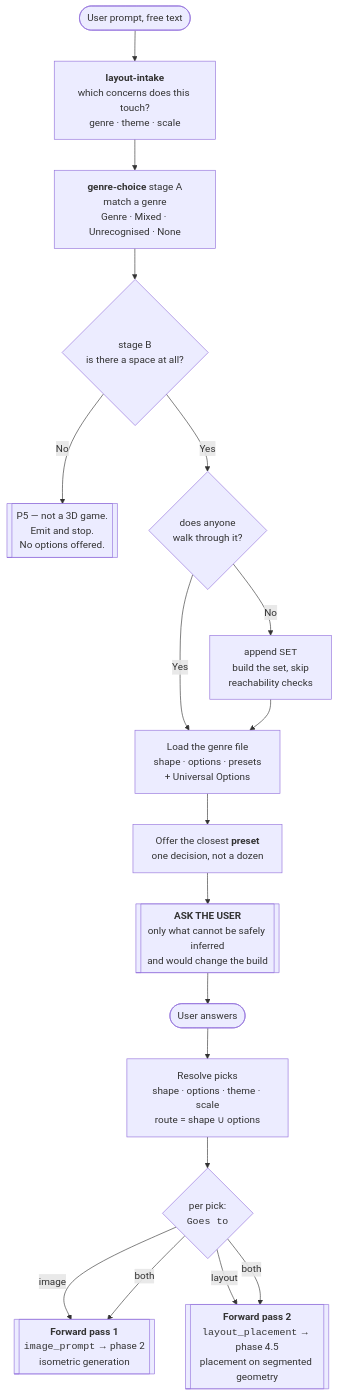
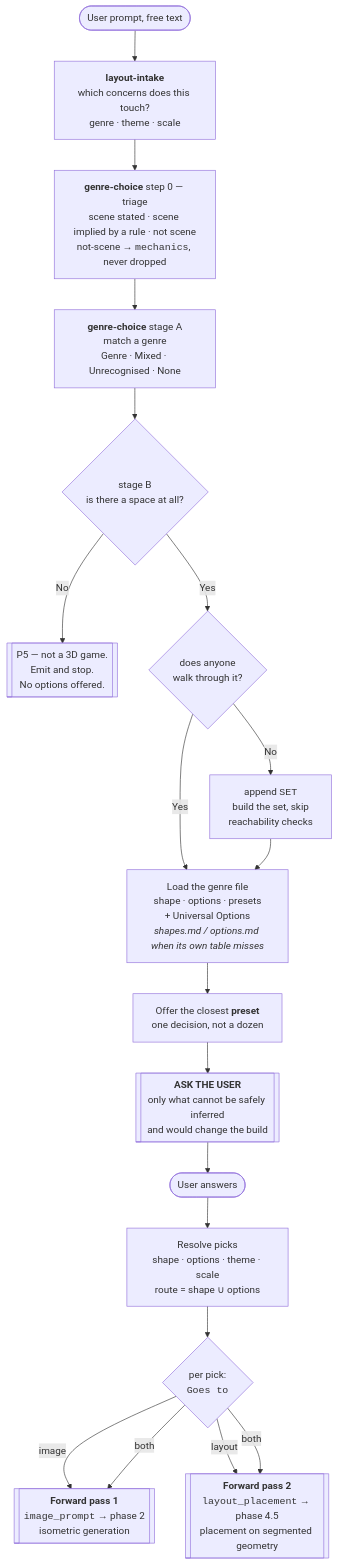
One commit to elaineh-rbx/genre_specific_layout_generator changed the first of 5 diagrams in docs/LayoutGen - Pipeline.md. Above: the diagram before and after it, drawn with Mermaid. The commit also changed other lines of this file and 1901 other files, not shown here.

````diff
--- a/docs/LayoutGen - Pipeline.md
+++ b/docs/LayoutGen - Pipeline.md
@@ -25,20 +25,21 @@
 ```mermaid
 flowchart TD
     P([User prompt, free text]) --> DISPATCH["<b>layout-intake</b><br/>which concerns does this touch?<br/>genre · theme · scale"]
-    DISPATCH --> A["<b>genre-choice</b> stage A<br/>match a genre<br/>Genre · Mixed · Unrecognised · None"]
+    DISPATCH --> T["<b>genre-choice</b> step 0 — triage<br/>scene stated · scene implied by a rule · not scene<br/>not-scene → <code>mechanics</code>, never dropped"]
+    T --> A["<b>genre-choice</b> stage A<br/>match a genre<br/>Genre · Mixed · Unrecognised · None"]
     A --> B{"stage B<br/>is there a space at all?"}
     B -- No --> P5[["P5 — not a 3D game.<br/>Emit and stop.<br/>No options offered."]]
     B -- Yes --> WALK{"does anyone<br/>walk through it?"}
     WALK -- No --> SET["append <code>SET</code><br/>build the set, skip<br/>reachability checks"]
     WALK -- Yes --> LOAD
-    SET --> LOAD["Load the genre file<br/>shape · options · presets<br/>+ Universal Options"]
+    SET --> LOAD["Load the genre file<br/>shape · options · presets<br/>+ Universal Options<br/><i>shapes.md / options.md when its own table misses</i>"]
     LOAD --> OFFER["Offer the closest <b>preset</b><br/>one decision, not a dozen"]
     OFFER --> ASK[["<b>ASK THE USER</b><br/>only what cannot be safely inferred<br/>and would change the build"]]
     ASK --> ANS([User answers])
     ANS --> RESOLVE["Resolve picks<br/>shape · options · theme · scale<br/>route = shape ∪ options"]
     RESOLVE --> SPLIT{"per pick:<br/><code>Goes to</code>"}
     SPLIT -- image --> IMG[["<b>Forward pass 1</b><br/><code>image_prompt</code> → phase 2<br/>isometric generation"]]
     SPLIT -- layout --> LAY[["<b>Forward pass 2</b><br/><code>layout_placement</code> → phase 4.5<br/>placement on segmented geometry"]]
     SPLIT -- both --> IMG
     SPLIT -- both --> LAY
 ```
````
